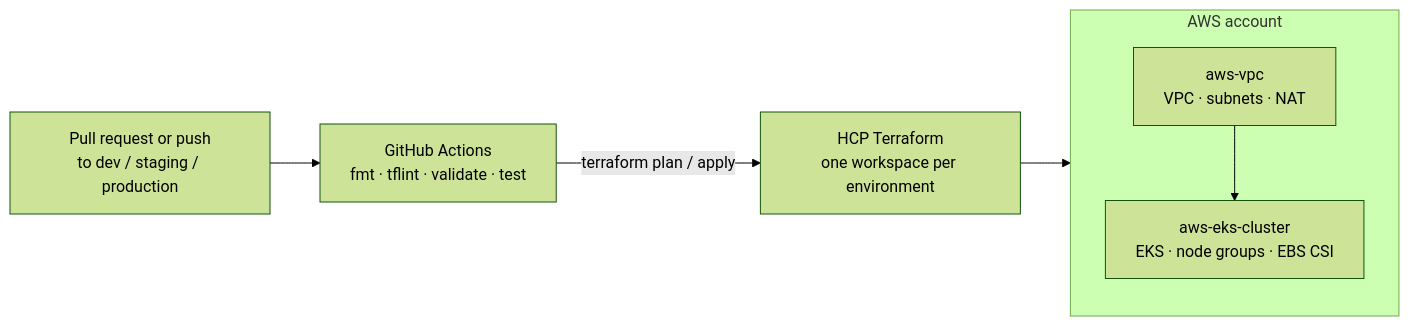
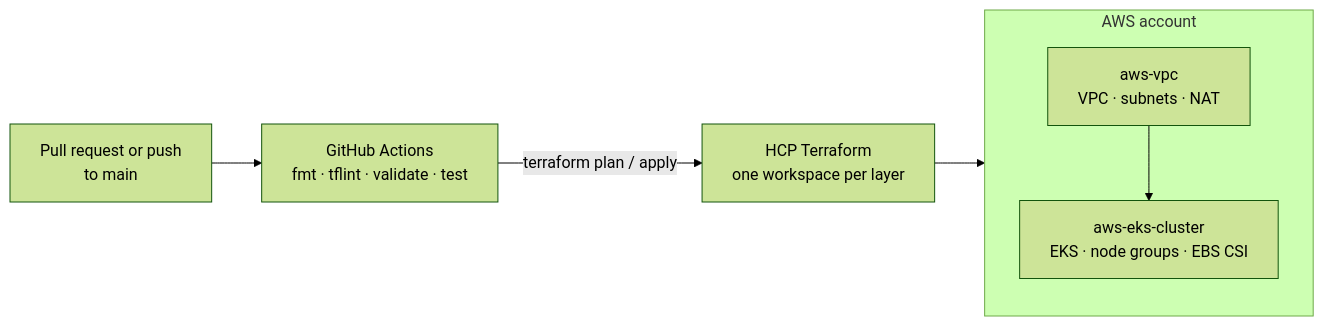
Before and after one commit to timkrebs/hashi-platform: the diagram in README.md, drawn with Mermaid (forest theme). The commit also changed other lines of this file and 46 other files, not shown here.

First line of the commit message:
refactor: collapse to a single dev environment on main

````diff
--- a/README.md
+++ b/README.md
@@ -32,9 +32,9 @@
 ```mermaid
 flowchart LR
-  pr[Pull request or push<br/>to dev / staging / production] --> gha[GitHub Actions<br/>fmt · tflint · validate · test]
-  gha -->|terraform plan / apply| hcp[HCP Terraform<br/>one workspace per environment]
+  pr[Pull request or push<br/>to main] --> gha[GitHub Actions<br/>fmt · tflint · validate · test]
+  gha -->|terraform plan / apply| hcp[HCP Terraform<br/>one workspace per layer]
   hcp --> aws
   subgraph aws[AWS account]
     vpc[aws-vpc<br/>VPC · subnets · NAT] --> eks[aws-eks-cluster<br/>EKS · node groups · EBS CSI]
   end
 ```
````
